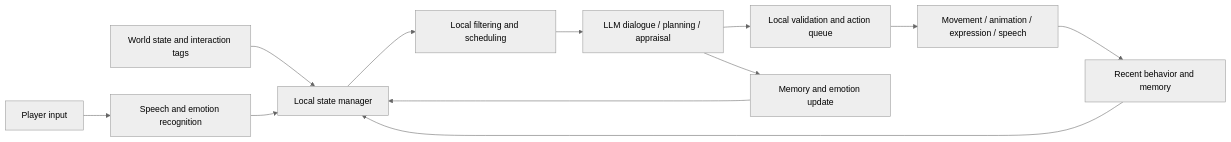
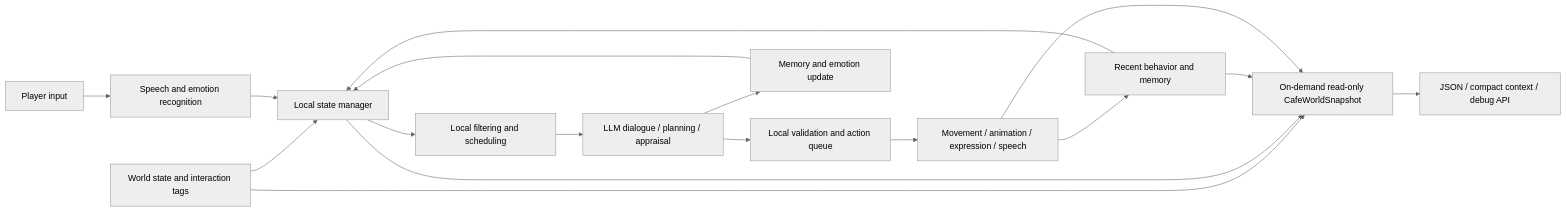
Before and after one commit to Zephyr319/LLMNPCPrototype: the diagram in README.md, drawn with Mermaid (neutral theme). The commit also changed other lines of this file and 49 other files, not shown here.

First line of the commit message:
Add canonical world snapshot, plan panel, and PIE fixes

````diff
--- a/README.md
+++ b/README.md
@@ -72,14 +93,19 @@
 ```mermaid
 flowchart LR
     A[Player input] --> B[Speech and emotion recognition]
     C[World state and interaction tags] --> D[Local state manager]
     E[Recent behavior and memory] --> D
     B --> D
     D --> F[Local filtering and scheduling]
     F --> G[LLM dialogue / planning / appraisal]
     G --> H[Local validation and action queue]
     H --> I[Movement / animation / expression / speech]
     I --> E
     G --> J[Memory and emotion update]
     J --> D
+    C --> K[On-demand read-only CafeWorldSnapshot]
+    D --> K
+    E --> K
+    I --> K
+    K --> L[JSON / compact context / debug API]
 ```
````
